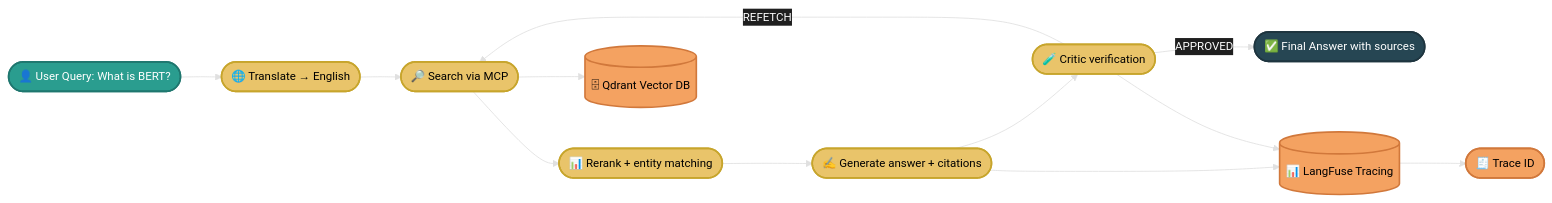
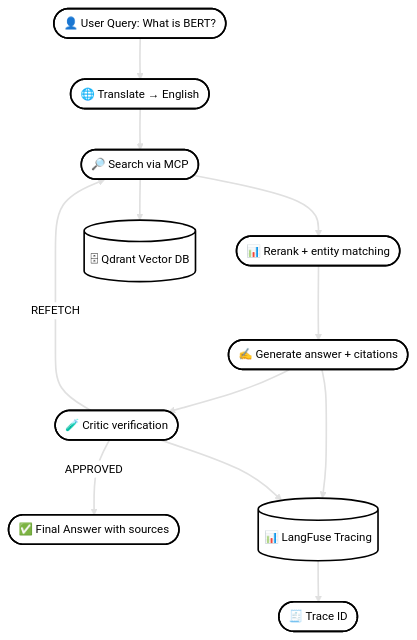
One commit to EugeneRomanov/agentic-rag-research-assistant changed the diagram in docs/diagrams/data-flow.md. Above: the diagram before and after it, drawn with Mermaid. The commit also changed 1 other file, not shown here.

Commit message:
docs: update diagrams and improve formatting

````diff
--- a/docs/diagrams/data-flow.md
+++ b/docs/diagrams/data-flow.md
@@ -1,48 +1,49 @@
 ```mermaid
 %%{init: {'theme': 'base', 'themeVariables': {
   'background': 'transparent',
-  'primaryColor': '#1f1f1f',
-  'primaryBorderColor': '#bbbbbb',
-  'primaryTextColor': '#ffffff',
+  'primaryColor': '#ffffff',
+  'primaryBorderColor': '#000000',
+  'primaryTextColor': '#000000',
   'lineColor': '#e0e0e0',
   'fontFamily': 'Inter, Arial',
   'fontSize': '14px'
 }}}%%
 
-flowchart LR
+flowchart TD
     %% === Input ===
-    Query(["👤 User Query: What is BERT?"]):::input
+    Query(["👤 User Query: What is BERT?"])
 
     %% === Pipeline ===
-    Translate(["🌐 Translate → English"]):::process
-    Search(["🔎 Search via MCP"]):::process
-    Rerank(["📊 Rerank + entity matching"]):::process
-    Generate(["✍️ Generate answer + citations"]):::process
-    Critic(["🧪 Critic verification"]):::process
-    Answer(["✅ Final Answer with sources"]):::output
+    Translate(["🌐 Translate → English"])
+    Search(["🔎 Search via MCP"])
+    Rerank(["📊 Rerank + entity matching"])
+    Generate(["✍️ Generate answer + citations"])
+    Critic(["🧪 Critic verification"])
+    Answer(["✅ Final Answer with sources"])
 
     %% === Storage / Services ===
-    Qdrant[(🗄 Qdrant Vector DB)]:::storage
-    LangFuse[(📊 LangFuse Tracing)]:::storage
-    Trace(["🧾 Trace ID"]):::storage
+    Qdrant[(🗄 Qdrant Vector DB)]
+    LangFuse[(📊 LangFuse Tracing)]
+    Trace(["🧾 Trace ID"])
 
     %% === Main Flow ===
     Query --> Translate --> Search
     Search --> Rerank --> Generate --> Critic
     Critic -->|APPROVED| Answer
     Critic -->|REFETCH| Search
 
     %% === External interactions ===
     Search --> Qdrant
 
     %% === Observability ===
     Generate --> LangFuse
     Critic --> LangFuse
     LangFuse --> Trace
 
-    %% === Styling ===
-    classDef input fill:#2a9d8f,stroke:#1f776f,color:#ffffff,stroke-width:2px
-    classDef process fill:#e9c46a,stroke:#c7a52c,color:#000000,stroke-width:2px
-    classDef output fill:#264653,stroke:#1e353f,color:#ffffff,stroke-width:2px
-    classDef storage fill:#f4a261,stroke:#d1783b,color:#000000,stroke-width:2px
+    %% === Styling (same as original) ===
+    classDef white fill:#ffffff,stroke:#000000,stroke-width:2px,color:#000000
+    class Query,Translate,Search,Rerank,Generate,Critic,Answer,Qdrant,LangFuse,Trace white
+
+    %% === Visibility fix ===
+    linkStyle default stroke:#e0e0e0,stroke-width:2px
 ```
````
